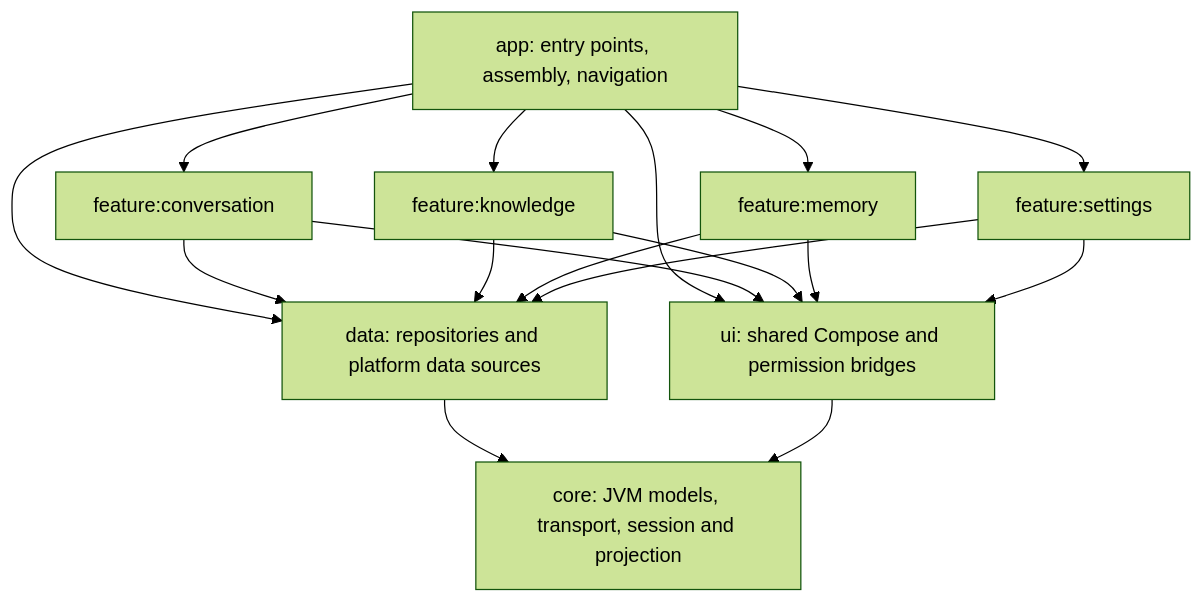
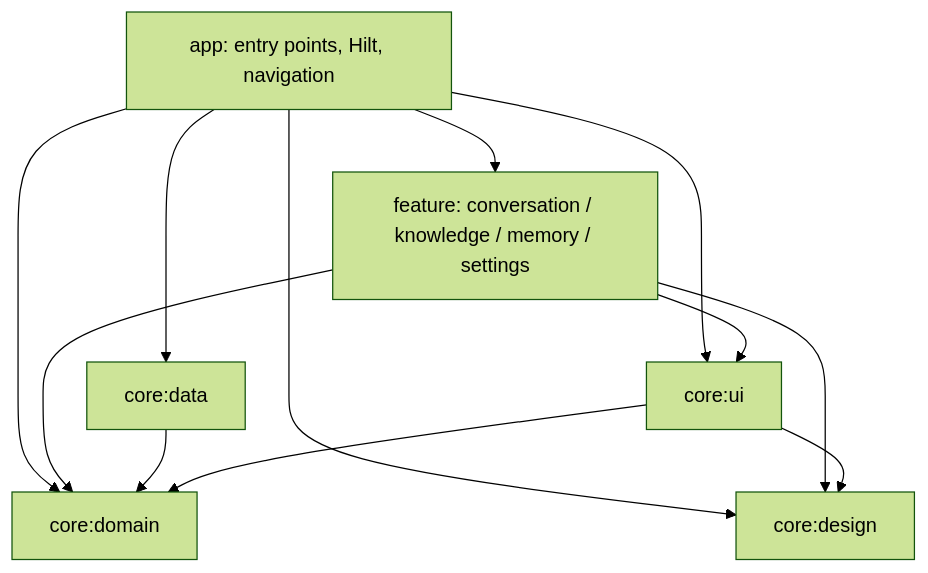
Before and after one commit to by291/agent-playground: the diagram in docs/android-architecture.md, drawn with Mermaid (forest theme). The commit also changed other lines of this file and 230 other files, not shown here.

Commit message:
refactor: adopt layered Android architecture with Hilt and Navigation 3

````diff
--- a/docs/android-architecture.md
+++ b/docs/android-architecture.md
@@ -9,19 +9,14 @@
 ```mermaid
 flowchart TD
-    app[app: entry points, assembly, navigation] --> conversation[feature:conversation]
-    app --> knowledge[feature:knowledge]
-    app --> memory[feature:memory]
-    app --> settings[feature:settings]
-    app --> data[data: repositories and platform data sources]
-    app --> ui[ui: shared Compose and permission bridges]
-    conversation --> data
-    knowledge --> data
-    memory --> data
-    settings --> data
-    conversation --> ui
-    knowledge --> ui
-    memory --> ui
-    settings --> ui
-    data --> core[core: JVM models, transport, session and projection]
-    ui --> core
+    app[app: entry points, Hilt, navigation] --> features[feature: conversation / knowledge / memory / settings]
+    app --> data[core:data]
+    app --> ui[core:ui]
+    app --> design[core:design]
+    app --> domain[core:domain]
+    features --> domain
+    features --> ui
+    features --> design
+    data --> domain
+    ui --> domain
+    ui --> design
 ```
````
